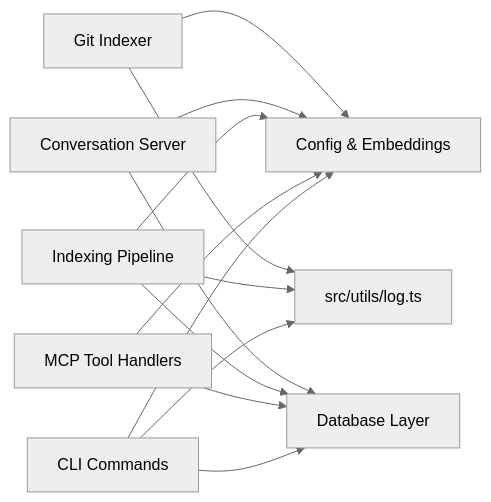
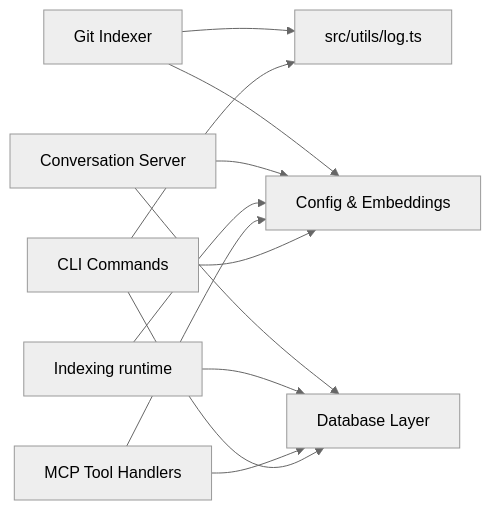
One commit to TheWinci/mimirs changed the second of 2 diagrams in wiki/architecture.md. Above: the diagram before and after it, drawn with Mermaid (neutral theme). The commit also changed other lines of this file and 36 other files, not shown here.

````diff
--- a/wiki/architecture.md
+++ b/wiki/architecture.md
@@ -90,19 +92,18 @@
 ```mermaid
 flowchart LR
   cfgEmbed["Config & Embeddings"]
   logUtil["src/utils/log.ts"]
   dbLayer["Database Layer"]
 
   cliCmds["CLI Commands"] --> cfgEmbed
   cliCmds --> logUtil
   cliCmds --> dbLayer
   mcpTools["MCP Tool Handlers"] --> cfgEmbed
   mcpTools --> dbLayer
-  indexing["Indexing Pipeline"] --> cfgEmbed
-  indexing --> logUtil
+  indexing["Indexing runtime"] --> cfgEmbed
   indexing --> dbLayer
   convServer["Conversation Server"] --> cfgEmbed
   convServer --> dbLayer
   gitIdx["Git Indexer"] --> cfgEmbed
   gitIdx --> logUtil
 ```
````
